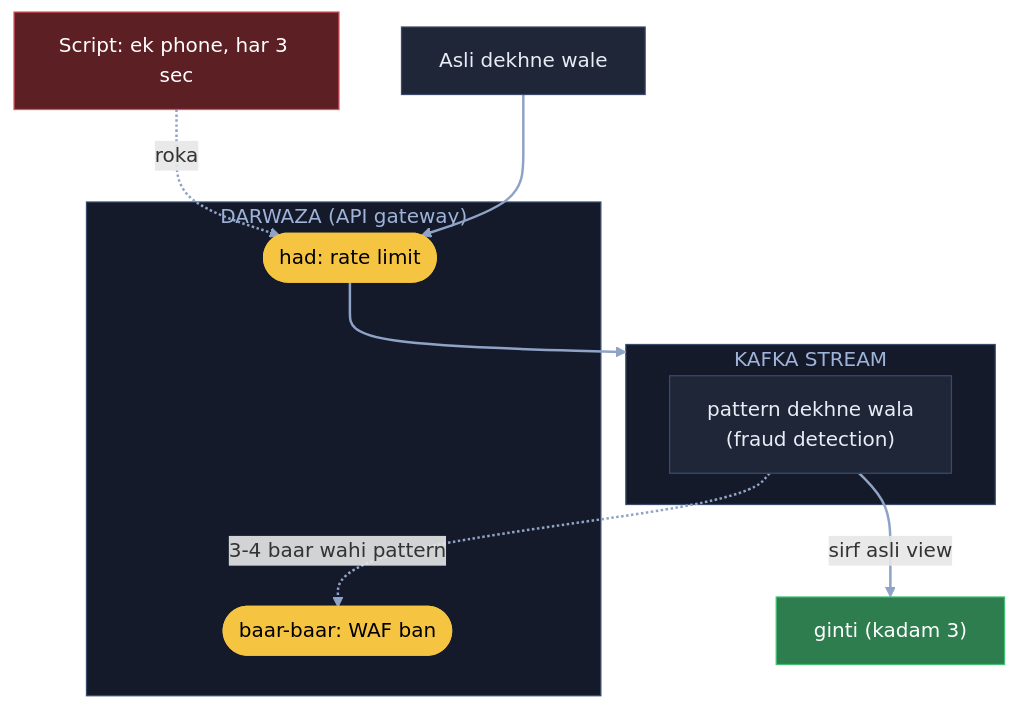
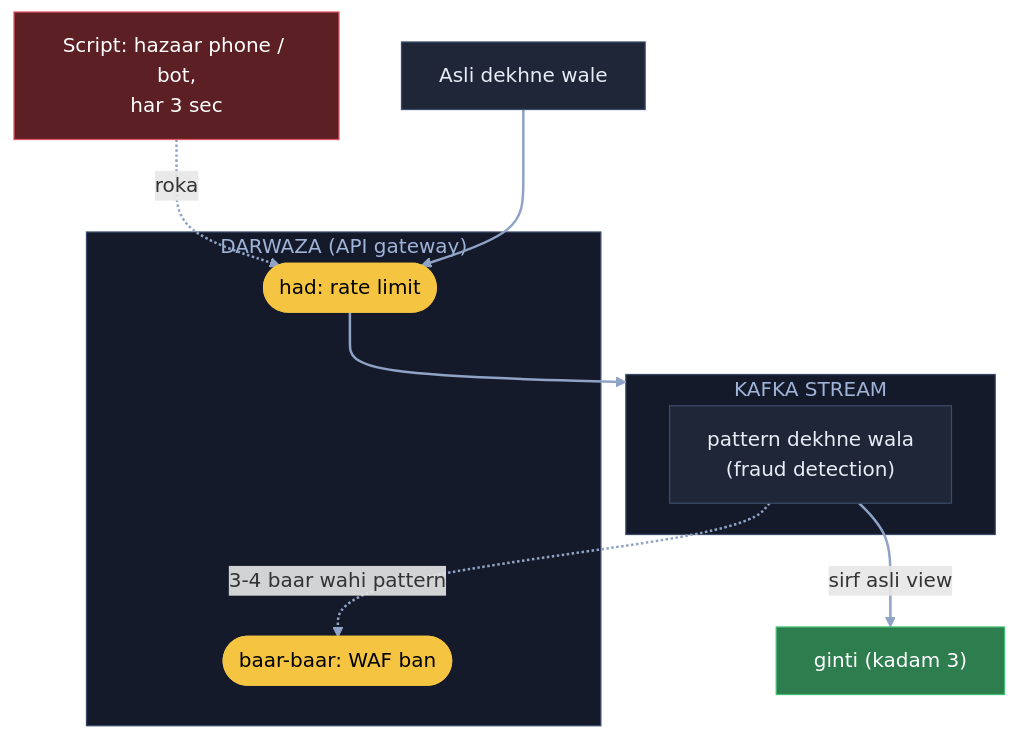
Before and after one commit to ArpanMaheshwari144/Prep: the fourth of 7 diagrams in 04_HLD/SYSTEM_DESIGNS/19_youtube/19_youtube.md, drawn with Mermaid. The commit also changed other lines of this file and 16 other files, not shown here.

````diff
--- a/04_HLD/SYSTEM_DESIGNS/19_youtube/19_youtube.md
+++ b/04_HLD/SYSTEM_DESIGNS/19_youtube/19_youtube.md
@@ -180,25 +180,25 @@
 ```mermaid
 flowchart TB
-    B["Script: ek phone, har 3 sec"]:::bad
+    B["Script: hazaar phone / bot,<br/>har 3 sec"]:::bad
     R["Asli dekhne wale"]:::card
     subgraph G["DARWAZA (API gateway)"]
         RL(["had: rate limit"]):::pill
         WF(["baar-baar: WAF ban"]):::pill
     end
     subgraph K["KAFKA STREAM"]
         FD["pattern dekhne wala<br/>(fraud detection)"]:::card
     end
     CNT["ginti (kadam 3)"]:::good
     B -. "roka" .-> RL
     R --> RL
     RL --> K
     FD -- "sirf asli view" --> CNT
     FD -. "3-4 baar wahi pattern" .-> WF
     linkStyle default stroke:#8fa3c7,stroke-width:2px
     classDef card fill:#1e2638,stroke:#3a4a6b,color:#e8ecf5
     classDef pill fill:#f5c542,stroke:#f5c542,color:#000
     classDef good fill:#2e7d4f,stroke:#3fbf6f,color:#fff
     classDef bad fill:#5c1f24,stroke:#e05561,color:#fff
     style G fill:#141a29,stroke:#3a4a6b,color:#9fb3d9
     style K fill:#141a29,stroke:#3a4a6b,color:#9fb3d9
 ```
````
